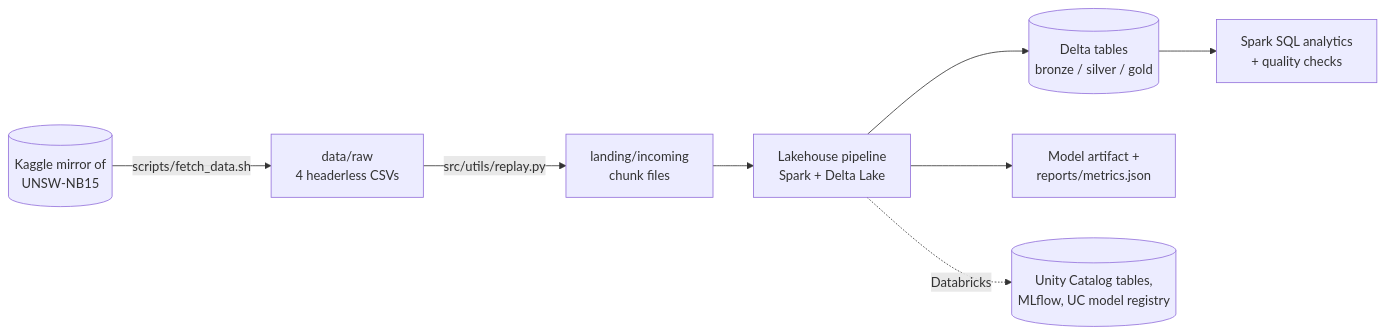
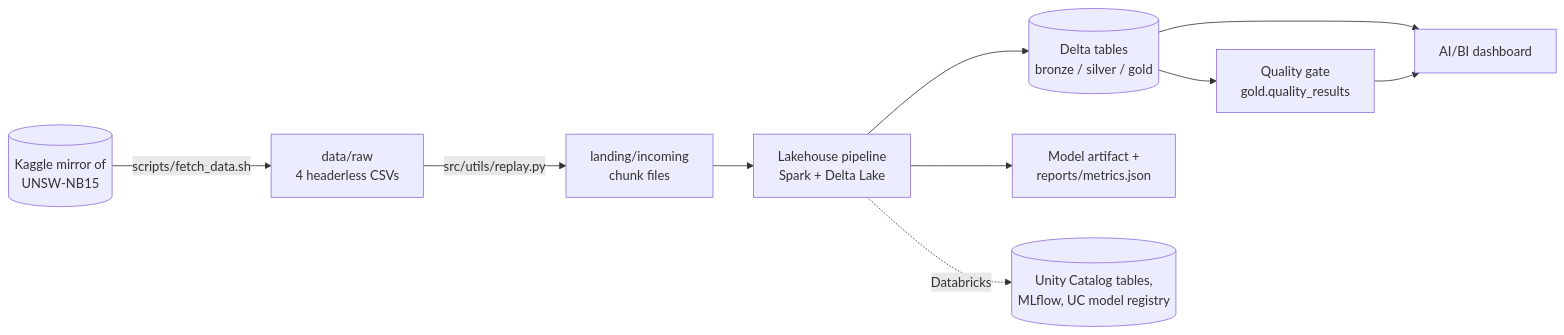
The first of 2 diagrams in docs/architecture.md (chrisguzman77/cyber-lakehouse), drawn with Mermaid before and after one commit. The commit also changed other lines of this file and 15 other files, not shown here.

First line of the commit message:
Add a persisted data-quality gate and a three-page AI/BI dashboard

````diff
--- a/docs/architecture.md
+++ b/docs/architecture.md
@@ -35,10 +35,12 @@
 ```mermaid
 flowchart LR
     K[(Kaggle mirror of<br/>UNSW-NB15)] -->|scripts/fetch_data.sh| R[data/raw<br/>4 headerless CSVs]
     R -->|src/utils/replay.py| L[landing/incoming<br/>chunk files]
     L --> P[Lakehouse pipeline<br/>Spark + Delta Lake]
     P --> T[(Delta tables<br/>bronze / silver / gold)]
     P --> M[Model artifact +<br/>reports/metrics.json]
-    T --> Q[Spark SQL analytics<br/>+ quality checks]
+    T --> Q[Quality gate<br/>gold.quality_results]
+    T --> D[AI/BI dashboard]
+    Q --> D
     P -. Databricks .-> U[(Unity Catalog tables,<br/>MLflow, UC model registry)]
 ```
````
